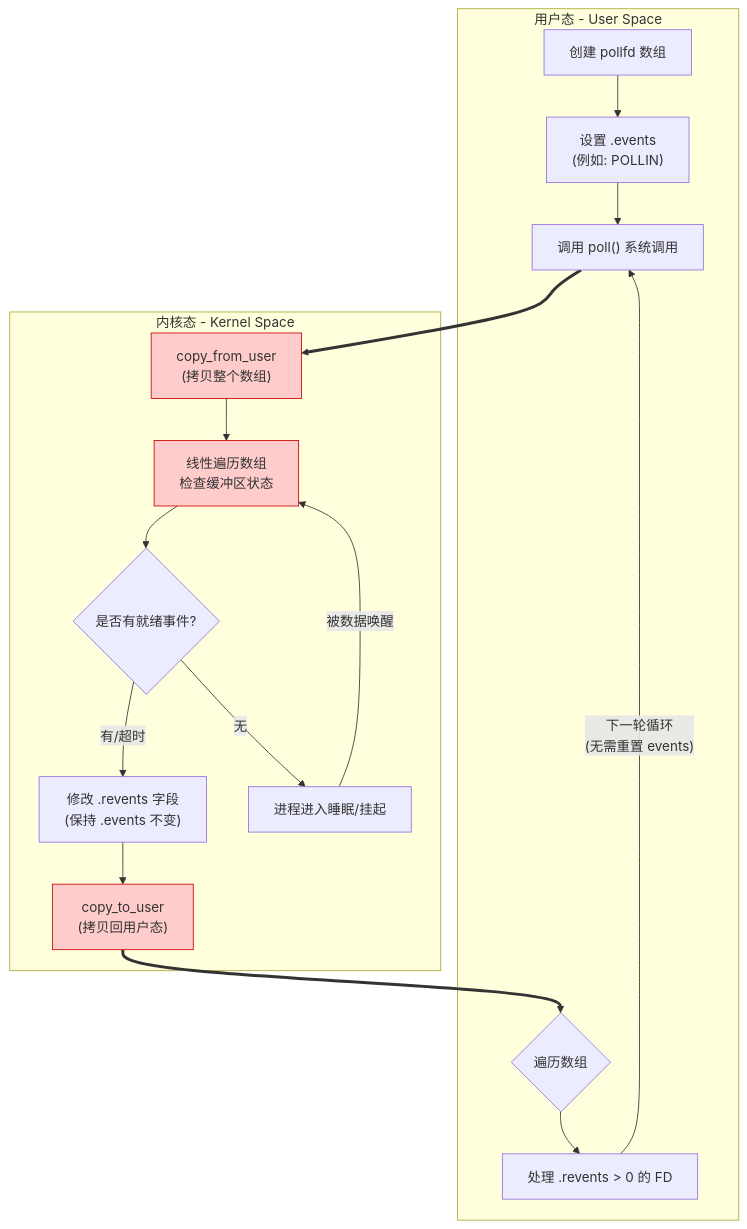
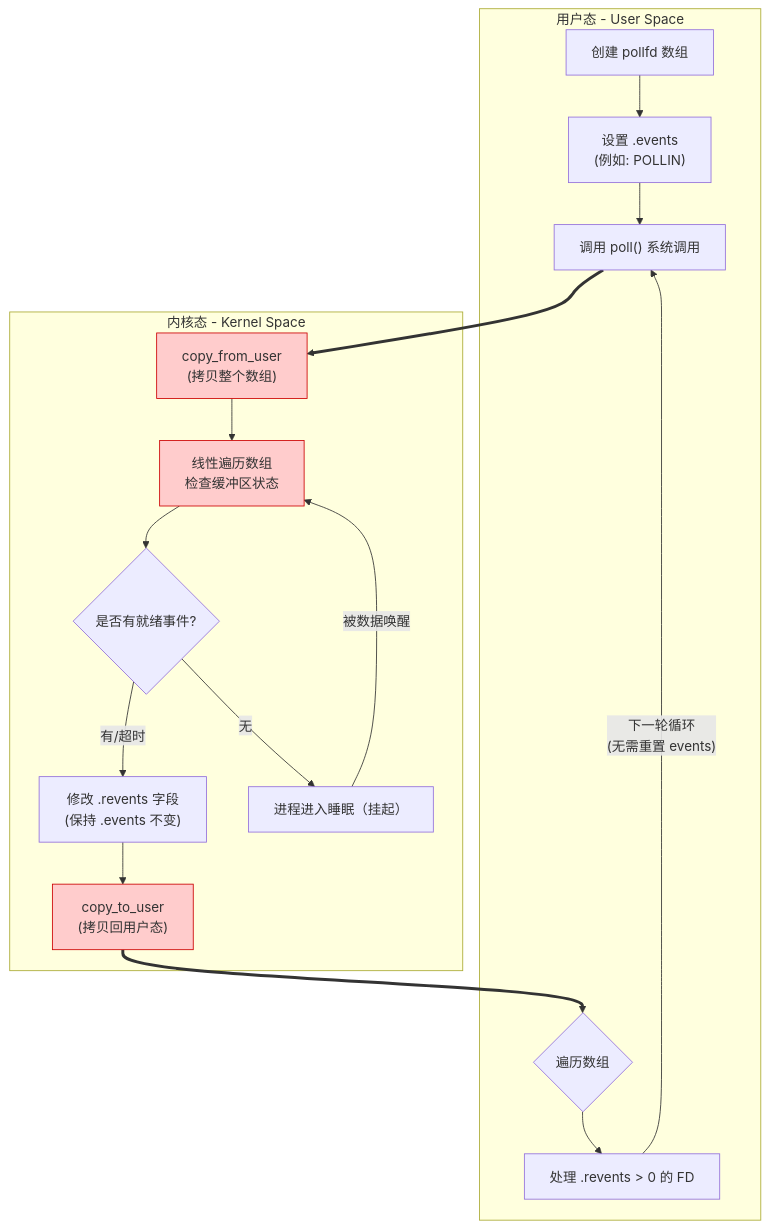
Before and after one commit to loskyertt/Notes: the diagram in CPP/05_网络编程/03_IO多路复用_poll.md, drawn with Mermaid. The commit also changed other lines of this file and 4 other files, not shown here.

````diff
--- a/CPP/05_网络编程/03_IO多路复用_poll.md
+++ b/CPP/05_网络编程/03_IO多路复用_poll.md
@@ -137,42 +143,42 @@
 ```mermaid
 flowchart TD
     %% 用户态部分
     subgraph UserSpace [用户态 - User Space]
         U1[创建 pollfd 数组] 
         U2["设置 .events<br/>(例如: POLLIN)"]
         U3["调用 poll() 系统调用"]
         U4{遍历数组}
         U5[处理 .revents > 0 的 FD]
     end
 
     %% 内核态部分
     subgraph KernelSpace [内核态 - Kernel Space]
         K1["copy_from_user<br/>(拷贝整个数组)"]
         K2["线性遍历数组<br/>检查缓冲区状态"]
         K3{是否有就绪事件?}
         K4["修改 .revents 字段<br/>(保持 .events 不变)"]
         K5["copy_to_user<br/>(拷贝回用户态)"]
-        K_Sleep[进程进入睡眠/挂起]
+        K_Sleep[进程进入睡眠（挂起）]
     end
 
     %% 流程连接
     U1 --> U2
     U2 --> U3
     U3 ==> K1
     K1 --> K2
     K2 --> K3
     
     K3 -- 无 --> K_Sleep
     K_Sleep -- 被数据唤醒 --> K2
     
     K3 -- 有/超时 --> K4
     K4 --> K5
     K5 ==> U4
     U4 --> U5
     U5 -- "下一轮循环<br/>(无需重置 events)" --> U3
 
     %% 性能瓶颈标注
     classDef bottleneck fill:#ffcccc,stroke:#cc0000;
     class K1,K2,K5 bottleneck;
 
 ```
````
